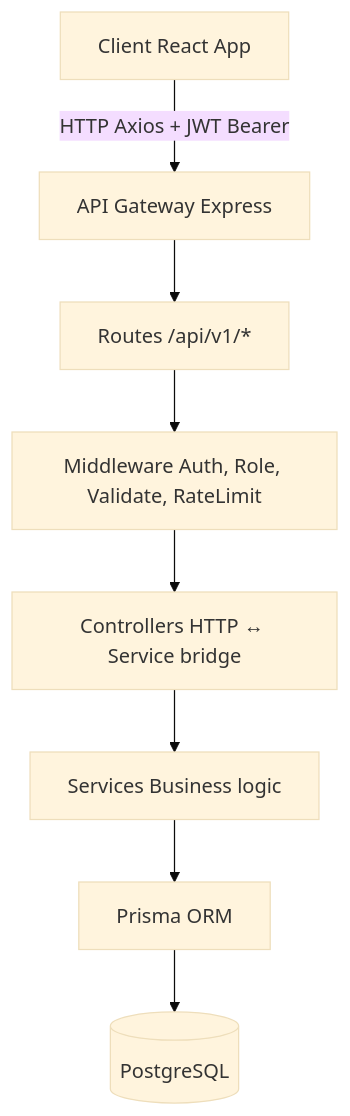
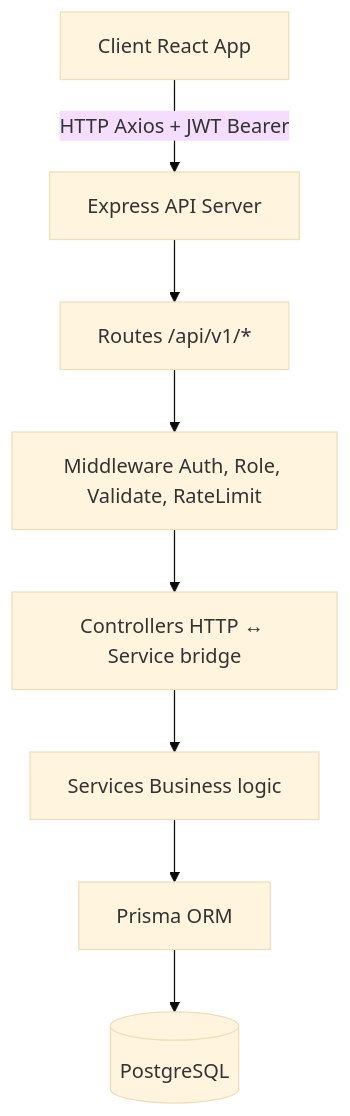
The first of 2 diagrams in README.md (YashBhardwaj21/task-manager), drawn with Mermaid (base theme) before and after one commit. The commit also changed other lines of this file, not shown here.

````diff
--- a/README.md
+++ b/README.md
@@ -33,10 +33,10 @@
 ```mermaid
 graph TD
-    Client[Client React App] -->|HTTP Axios + JWT Bearer| API_Gateway[API Gateway Express]
+    Client[Client React App] -->|HTTP Axios + JWT Bearer| API_Gateway[Express API Server]
     API_Gateway --> Routes[Routes /api/v1/*]
     Routes --> Middleware[Middleware Auth, Role, Validate, RateLimit]
     Middleware --> Controllers[Controllers HTTP ↔ Service bridge]
     Controllers --> Services[Services Business logic]
     Services --> Prisma[Prisma ORM]
     Prisma --> DB[(PostgreSQL)]
 ```
````
